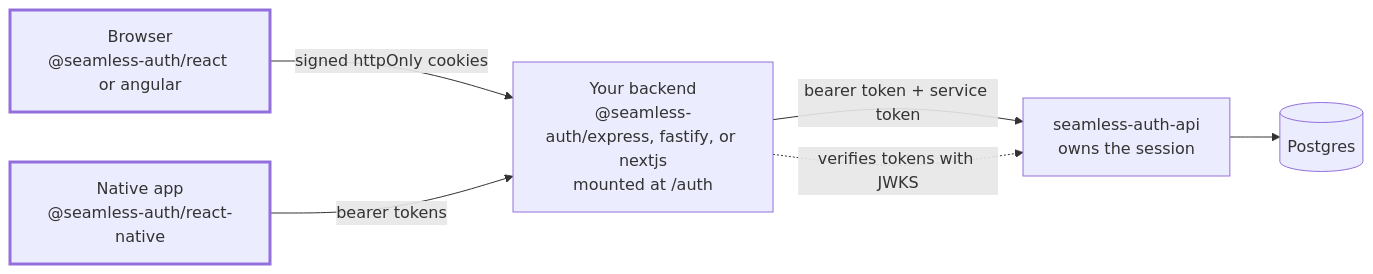
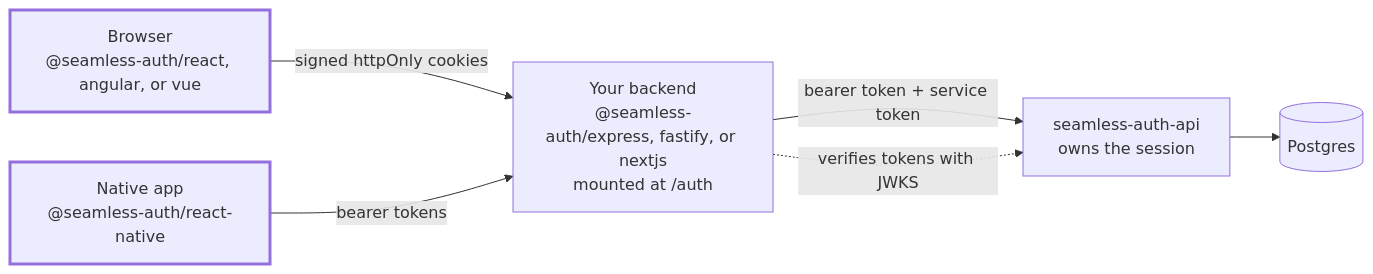
Before and after one commit to fells-code/seamless-auth-react: the diagram in README.md, drawn with Mermaid. The commit also changed other lines of this file and 57 other files, not shown here.

First line of the commit message:
feat(vue): add @seamless-auth/vue bindings (#176)

````diff
--- a/README.md
+++ b/README.md
@@ -25,10 +25,10 @@
 ```mermaid
 flowchart LR
-  browser["Browser<br/>@seamless-auth/react or angular"] -- "signed httpOnly cookies" --> backend
+  browser["Browser<br/>@seamless-auth/react, angular, or vue"] -- "signed httpOnly cookies" --> backend
   native["Native app<br/>@seamless-auth/react-native"] -- "bearer tokens" --> backend
   backend["Your backend<br/>@seamless-auth/express, fastify, or nextjs<br/>mounted at /auth"] -- "bearer token + service token" --> api
   api["seamless-auth-api<br/>owns the session"] --> db[("Postgres")]
   backend -. "verifies tokens with JWKS" .-> api
   style browser stroke-width:3px
   style native stroke-width:3px
 ```
````
